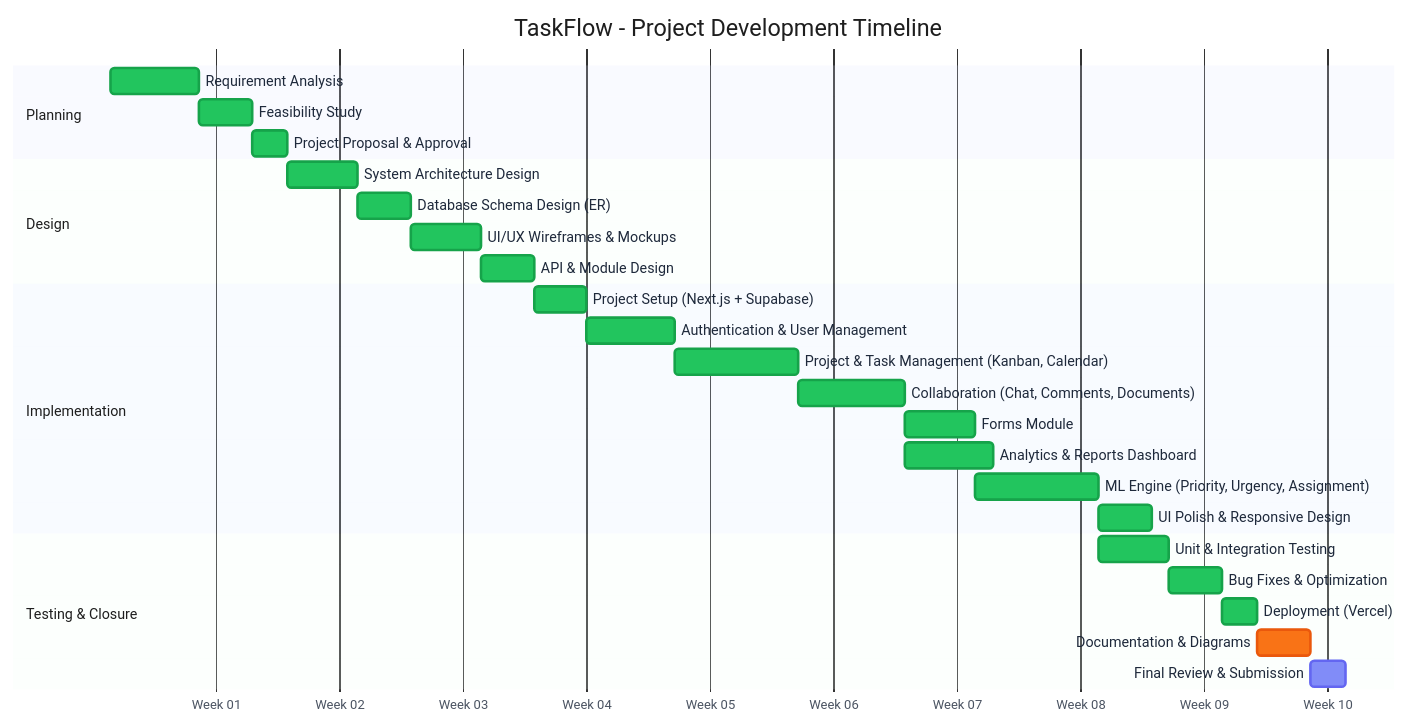
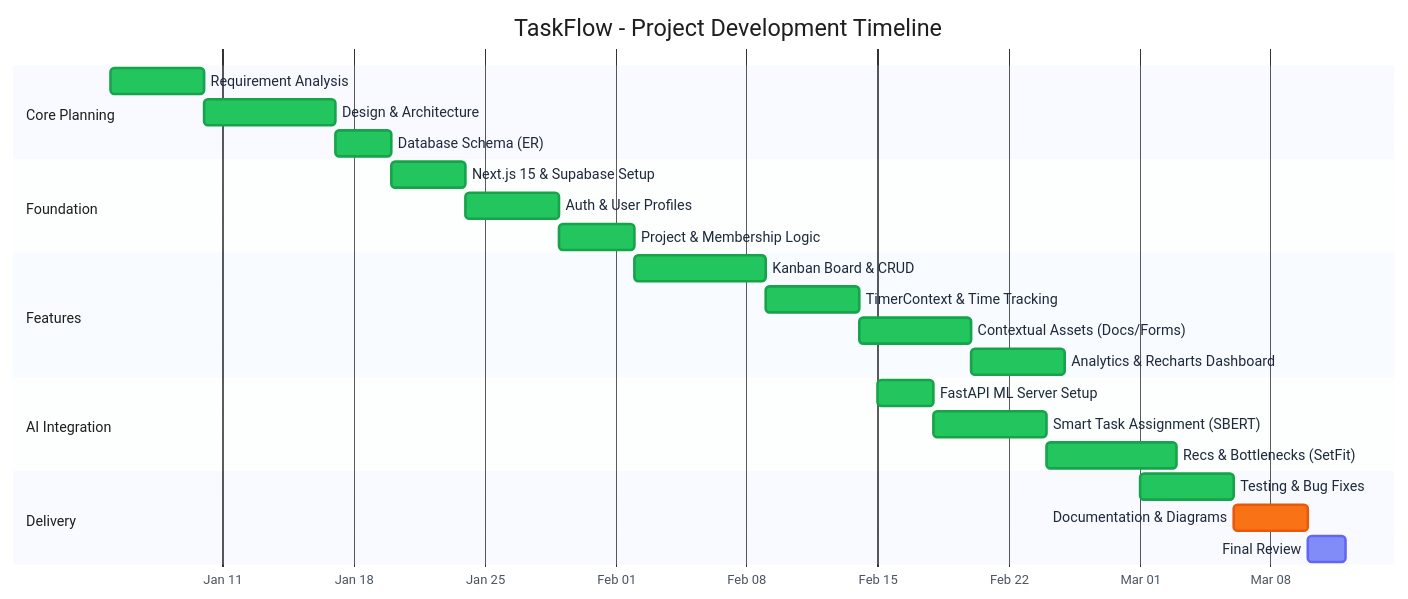
The diagram in diagrams/15-timeline-gantt-chart.mmd (AndrewJerryV/TaskFlow-Mini_Project), drawn with Mermaid before and after one commit. The commit also changed 22 other files, not shown here.

Commit message:
feat: Implement core application pages for team, projects, and settings, along with essential UI components and comprehensive design diagrams.

```diff
--- a/diagrams/15-timeline-gantt-chart.mmd
+++ b/diagrams/15-timeline-gantt-chart.mmd
@@ -1,63 +1,61 @@
 ---
 config:
   theme: base
   themeVariables:
     primaryColor: "#4f46e5"
     primaryTextColor: "#ffffff"
     primaryBorderColor: "#3730a3"
     secondaryColor: "#06b6d4"
     secondaryTextColor: "#ffffff"
     secondaryBorderColor: "#0891b2"
     tertiaryColor: "#f59e0b"
     tertiaryTextColor: "#1e1e1e"
     tertiaryBorderColor: "#d97706"
     lineColor: "#6366f1"
     textColor: "#1e293b"
     sectionBkgColor: "#e0e7ff"
     sectionBkgColor2: "#dbeafe"
     altSectionBkgColor: "#f0fdf4"
     taskBkgColor: "#818cf8"
     taskTextColor: "#ffffff"
     taskBorderColor: "#6366f1"
     activeTaskBkgColor: "#f97316"
     activeTaskBorderColor: "#ea580c"
     doneTaskBkgColor: "#22c55e"
     doneTaskBorderColor: "#16a34a"
     gridColor: "#cbd5e1"
     todayLineColor: "#ef4444"
     fontFamily: "Segoe UI, Roboto, sans-serif"
     fontSize: "14px"
 ---
 gantt
     title TaskFlow - Project Development Timeline
     dateFormat  YYYY-MM-DD
-    axisFormat  Week %W
+    axisFormat  %b %d
     tickInterval 1week
 
-    section Planning
+    section Core Planning
     Requirement Analysis             :done, p1, 2026-01-05, 5d
-    Feasibility Study                :done, p2, after p1, 3d
-    Project Proposal & Approval      :done, p3, after p2, 2d
+    Design & Architecture            :done, p2, after p1, 7d
+    Database Schema (ER)             :done, p3, after p2, 3d
 
-    section Design
-    System Architecture Design       :done, d1, 2026-01-15, 4d
-    Database Schema Design (ER)      :done, d2, after d1, 3d
-    UI/UX Wireframes & Mockups       :done, d3, after d2, 4d
-    API & Module Design              :done, d4, after d3, 3d
+    section Foundation
+    Next.js 15 & Supabase Setup      :done, f1, 2026-01-20, 4d
+    Auth & User Profiles             :done, f2, after f1, 5d
+    Project & Membership Logic       :done, f3, after f2, 4d
 
-    section Implementation
-    Project Setup (Next.js + Supabase)           :done, i1, 2026-01-29, 3d
-    Authentication & User Management             :done, i2, after i1, 5d
-    Project & Task Management (Kanban, Calendar) :done, i3, after i2, 7d
-    Collaboration (Chat, Comments, Documents)    :done, i4, after i3, 6d
-    Forms Module                                 :done, i5, after i4, 4d
-    Analytics & Reports Dashboard                :done, i6, after i4, 5d
-    ML Engine (Priority, Urgency, Assignment)    :done, i7, after i5, 7d
-    UI Polish & Responsive Design                :done, i8, after i7, 3d
+    section Features
+    Kanban Board & CRUD              :done, i1, 2026-02-02, 7d
+    TimerContext & Time Tracking     :done, i2, after i1, 5d
+    Contextual Assets (Docs/Forms)   :done, i3, after i2, 6d
+    Analytics & Recharts Dashboard   :done, i4, after i3, 5d
 
-    section Testing & Closure
-    Unit & Integration Testing       :done, t1, 2026-03-02, 4d
-    Bug Fixes & Optimization         :done, t2, after t1, 3d
-    Deployment (Vercel)              :done, t3, after t2, 2d
-    Documentation & Diagrams         :active, t4, after t3, 3d
-    Final Review & Submission        :t5, after t4, 2d
+    section AI Integration
+    FastAPI ML Server Setup          :done, m1, 2026-02-15, 3d
+    Smart Task Assignment (SBERT)    :done, m2, after m1, 6d
+    Recs & Bottlenecks (SetFit)      :done, m3, after m2, 7d
+
+    section Delivery
+    Testing & Bug Fixes              :done, t1, 2026-03-01, 5d
+    Documentation & Diagrams         :active, t2, after t1, 4d
+    Final Review                     :t3, after t2, 2d
```
